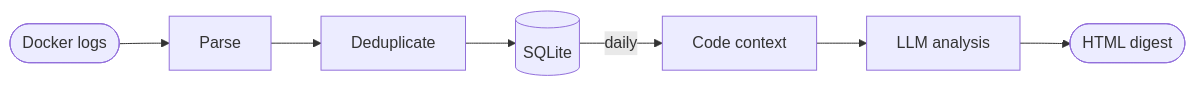
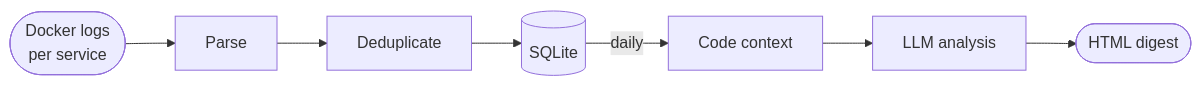
Before and after one commit to rsorage/vigil: the diagram in README.md, drawn with Mermaid. The commit also changed other lines of this file and 18 other files, not shown here.

````diff
--- a/README.md
+++ b/README.md
@@ -15,10 +15,10 @@
 ```mermaid
 flowchart LR
-    A([Docker logs]) --> B[Parse]
+    A([Docker logs<br/>per service]) --> B[Parse]
     B --> C[Deduplicate]
     C --> D[(SQLite)]
 
     D -->|daily| E[Code context]
     E --> F[LLM analysis]
     F --> G([HTML digest])
 ```
````
